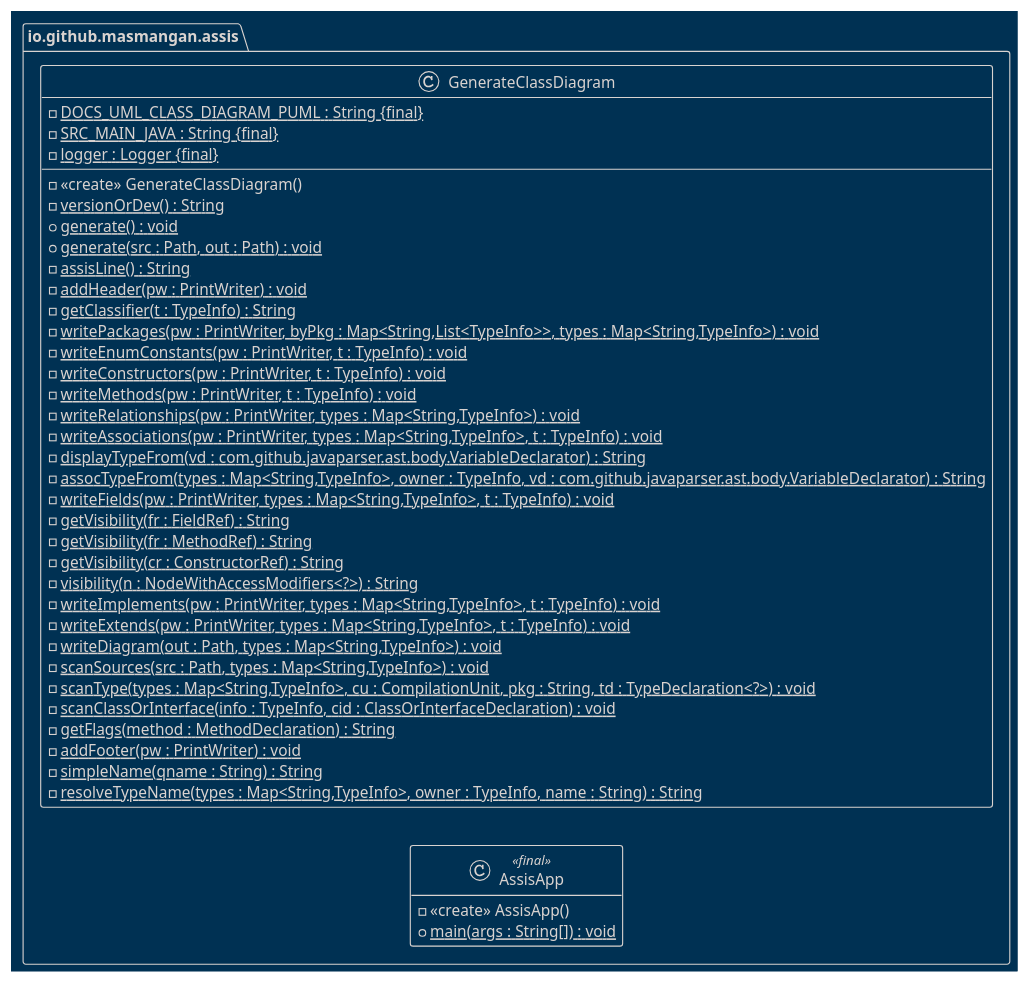
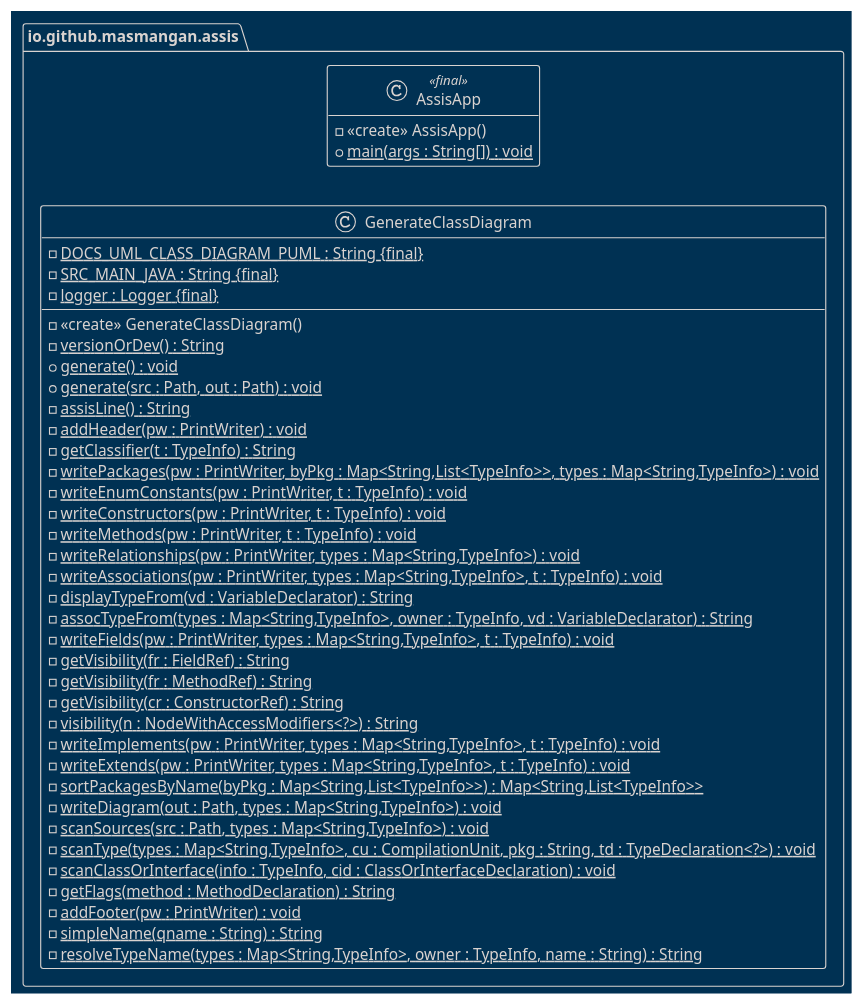
One commit to masmangan/javaparser-to-plantuml changed the diagram in docs/diagrams/src/class-diagram.puml. Above: the diagram before and after it, drawn with PlantUML.

Commit message:
chore: Updating ASSIS class diagram.

```diff
--- a/docs/diagrams/src/class-diagram.puml
+++ b/docs/diagrams/src/class-diagram.puml
@@ -1,54 +1,56 @@
 @startuml class-diagram
 
 hide empty members
+
 !theme blueprint
 !pragma useIntermediatePackages false
 
 package "io.github.masmangan.assis" {
+class "io.github.masmangan.assis.AssisApp" <<final>> {
+  - <<create>> AssisApp()
+  + main(args : String[]) : void {static}
+}
 class "io.github.masmangan.assis.GenerateClassDiagram" {
   - {static} DOCS_UML_CLASS_DIAGRAM_PUML : String {final}
   - {static} SRC_MAIN_JAVA : String {final}
   - {static} logger : Logger {final}
   - <<create>> GenerateClassDiagram()
   - versionOrDev() : String {static}
   + generate() : void {static}
   + generate(src : Path, out : Path) : void {static}
   - assisLine() : String {static}
   - addHeader(pw : PrintWriter) : void {static}
   - getClassifier(t : TypeInfo) : String {static}
   - writePackages(pw : PrintWriter, byPkg : Map<String,List<TypeInfo>>, types : Map<String,TypeInfo>) : void {static}
   - writeEnumConstants(pw : PrintWriter, t : TypeInfo) : void {static}
   - writeConstructors(pw : PrintWriter, t : TypeInfo) : void {static}
   - writeMethods(pw : PrintWriter, t : TypeInfo) : void {static}
   - writeRelationships(pw : PrintWriter, types : Map<String,TypeInfo>) : void {static}
   - writeAssociations(pw : PrintWriter, types : Map<String,TypeInfo>, t : TypeInfo) : void {static}
-  - displayTypeFrom(vd : com.github.javaparser.ast.body.VariableDeclarator) : String {static}
-  - assocTypeFrom(types : Map<String,TypeInfo>, owner : TypeInfo, vd : com.github.javaparser.ast.body.VariableDeclarator) : String {static}
+  - displayTypeFrom(vd : VariableDeclarator) : String {static}
+  - assocTypeFrom(types : Map<String,TypeInfo>, owner : TypeInfo, vd : VariableDeclarator) : String {static}
   - writeFields(pw : PrintWriter, types : Map<String,TypeInfo>, t : TypeInfo) : void {static}
   - getVisibility(fr : FieldRef) : String {static}
   - getVisibility(fr : MethodRef) : String {static}
   - getVisibility(cr : ConstructorRef) : String {static}
   - visibility(n : NodeWithAccessModifiers<?>) : String {static}
   - writeImplements(pw : PrintWriter, types : Map<String,TypeInfo>, t : TypeInfo) : void {static}
   - writeExtends(pw : PrintWriter, types : Map<String,TypeInfo>, t : TypeInfo) : void {static}
+  - sortPackagesByName(byPkg : Map<String,List<TypeInfo>>) : Map<String,List<TypeInfo>> {static}
   - writeDiagram(out : Path, types : Map<String,TypeInfo>) : void {static}
   - scanSources(src : Path, types : Map<String,TypeInfo>) : void {static}
   - scanType(types : Map<String,TypeInfo>, cu : CompilationUnit, pkg : String, td : TypeDeclaration<?>) : void {static}
   - scanClassOrInterface(info : TypeInfo, cid : ClassOrInterfaceDeclaration) : void {static}
   - getFlags(method : MethodDeclaration) : String {static}
   - addFooter(pw : PrintWriter) : void {static}
   - simpleName(qname : String) : String {static}
   - resolveTypeName(types : Map<String,TypeInfo>, owner : TypeInfo, name : String) : String {static}
 }
-class "io.github.masmangan.assis.AssisApp" <<final>> {
-  - <<create>> AssisApp()
-  + main(args : String[]) : void {static}
-}
 }
 
 left to right direction
 
 ' Generated with ASSIS (Java -> UML)
 ' https://github.com/masmangan/assis
 
 @enduml
```
